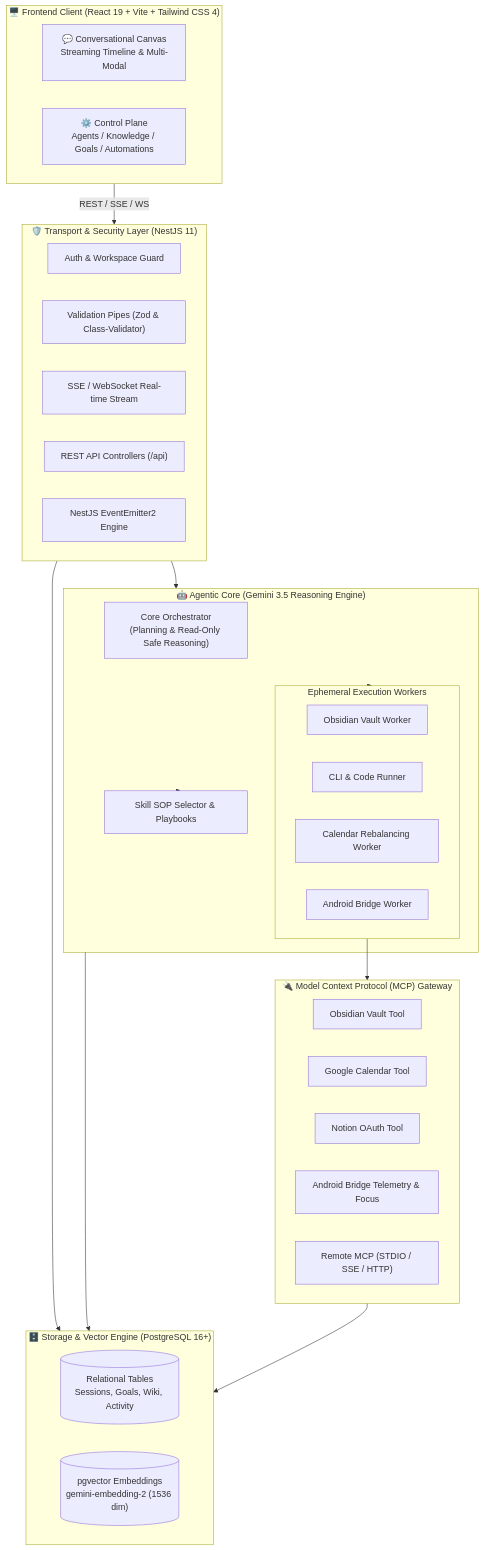
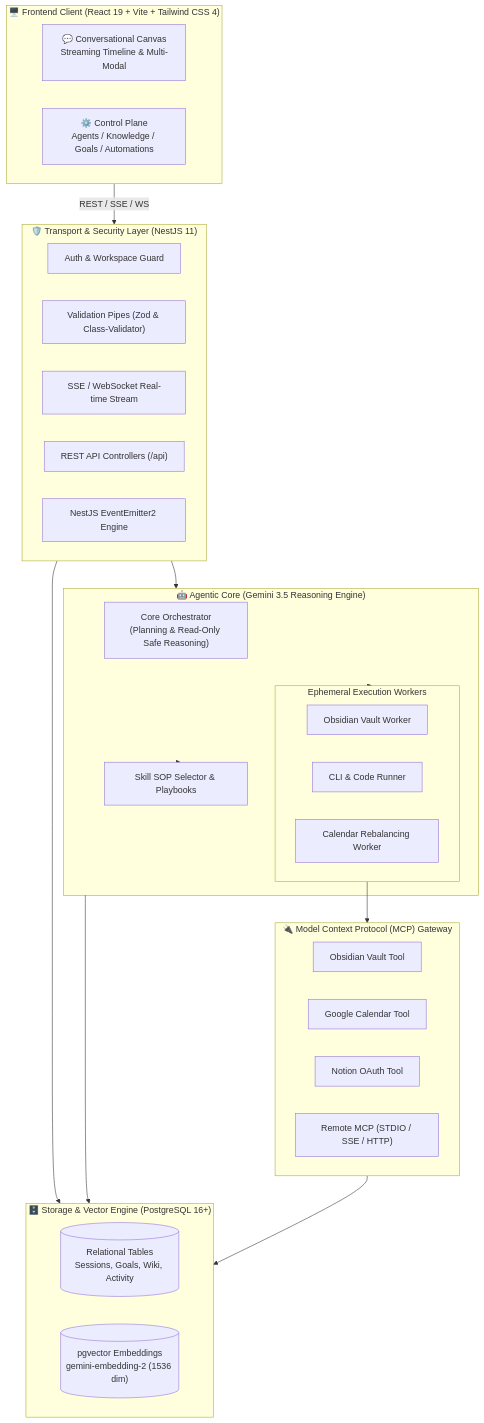
The second of 3 diagrams in README.md (hasibashari/contextforge), drawn with Mermaid before and after one commit. The commit also changed other lines of this file and 16 other files, not shown here.

````diff
--- a/README.md
+++ b/README.md
@@ -131,49 +128,47 @@
 ```mermaid
 flowchart TB
     subgraph Client_Layer ["🖥️ Frontend Client (React 19 + Vite + Tailwind CSS 4)"]
         UI_Chat["💬 Conversational Canvas\nStreaming Timeline & Multi-Modal"]
         UI_Control["⚙️ Control Plane\nAgents / Knowledge / Goals / Automations"]
     end
 
     subgraph Transport_Layer ["🛡️ Transport & Security Layer (NestJS 11)"]
         Guard["Auth & Workspace Guard"]
         Pipes["Validation Pipes (Zod & Class-Validator)"]
         SSE["SSE / WebSocket Real-time Stream"]
         REST["REST API Controllers (/api)"]
         EventBus["NestJS EventEmitter2 Engine"]
     end
 
     subgraph Agentic_Core ["🤖 Agentic Core (Gemini 3.5 Reasoning Engine)"]
         Orchestrator["Core Orchestrator\n(Planning & Read-Only Safe Reasoning)"]
         SkillEngine["Skill SOP Selector & Playbooks"]
 
         subgraph Side_Workers ["Ephemeral Execution Workers"]
             ObsidianWorker["Obsidian Vault Worker"]
             CodeWorker["CLI & Code Runner"]
             CalendarWorker["Calendar Rebalancing Worker"]
-            AndroidWorker["Android Bridge Worker"]
         end
     end
 
     subgraph MCP_Gateway ["🔌 Model Context Protocol (MCP) Gateway"]
         MCP_Obsidian["Obsidian Vault Tool"]
         MCP_GCal["Google Calendar Tool"]
         MCP_Notion["Notion OAuth Tool"]
-        MCP_Android["Android Bridge Telemetry & Focus"]
         MCP_Remote["Remote MCP (STDIO / SSE / HTTP)"]
     end
 
     subgraph Storage_Layer ["🗄️ Storage & Vector Engine (PostgreSQL 16+)"]
         DB_Relational[("Relational Tables\nSessions, Goals, Wiki, Activity")]
         DB_Vectors[("pgvector Embeddings\ngemini-embedding-2 (1536 dim)")]
     end
 
     Client_Layer -->|REST / SSE / WS| Transport_Layer
     Transport_Layer --> Agentic_Core
     Agentic_Core --> SkillEngine
     Agentic_Core --> Side_Workers
     Side_Workers --> MCP_Gateway
     Transport_Layer --> Storage_Layer
     Agentic_Core --> Storage_Layer
     MCP_Gateway --> Storage_Layer
 ```
````
